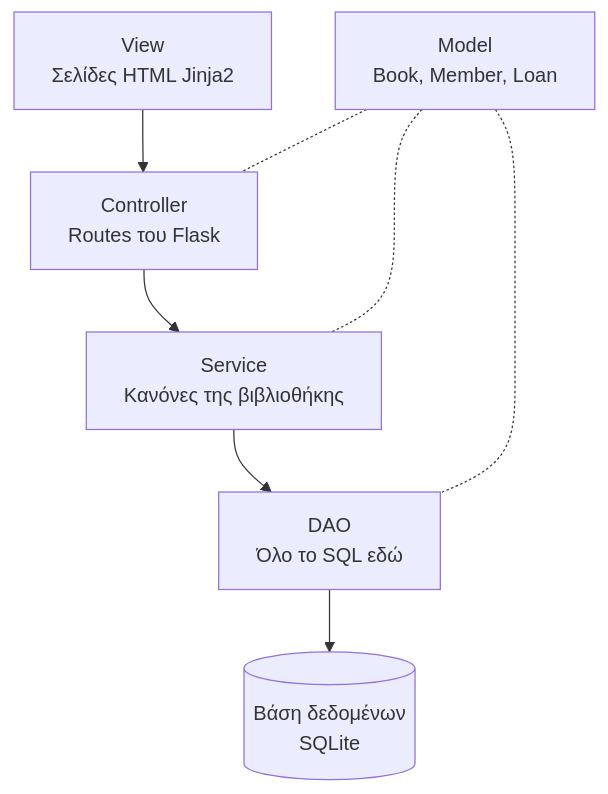
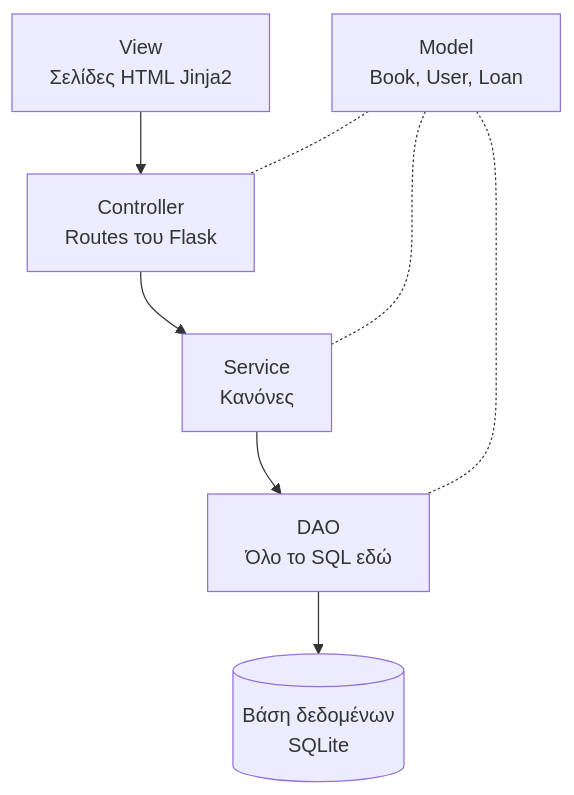
One commit to cstergio/library-app changed the second of 2 diagrams in DESIGN.md. Above: the diagram before and after it, drawn with Mermaid. The commit also changed other lines of this file and 20 other files, not shown here.

````diff
--- a/DESIGN.md
+++ b/DESIGN.md
@@ -73,10 +123,10 @@
 ```mermaid
 flowchart TD
     V[View<br/>Σελίδες HTML Jinja2] --> C[Controller<br/>Routes του Flask]
-    C --> S[Service<br/>Κανόνες της βιβλιοθήκης]
+    C --> S[Service<br/>Κανόνες]
     S --> D[DAO<br/>Όλο το SQL εδώ]
     D --> DB[(Βάση δεδομένων<br/>SQLite)]
-    M[Model<br/>Book, Member, Loan] -.- C
+    M[Model<br/>Book, User, Loan] -.- C
     M -.- S
     M -.- D
 ```
````
